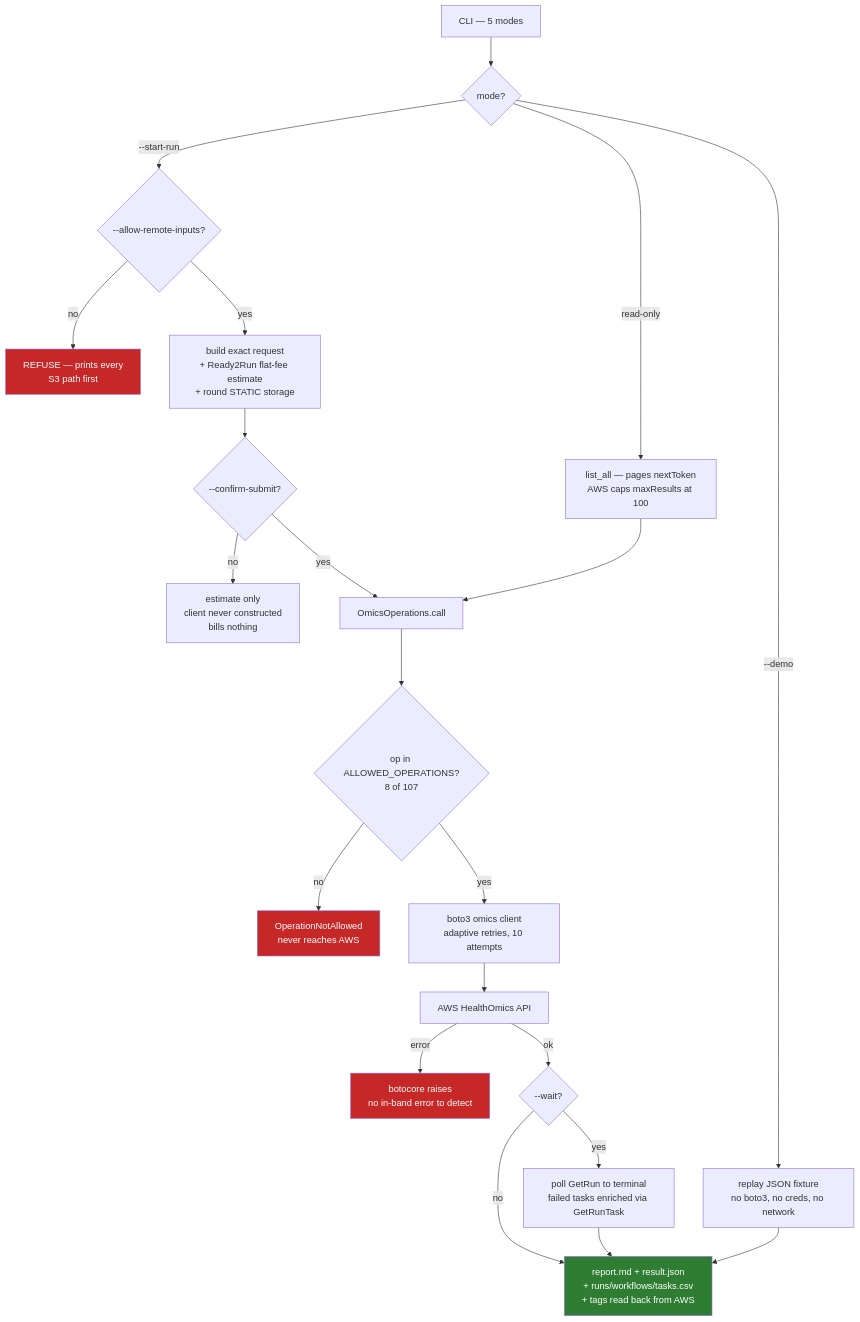
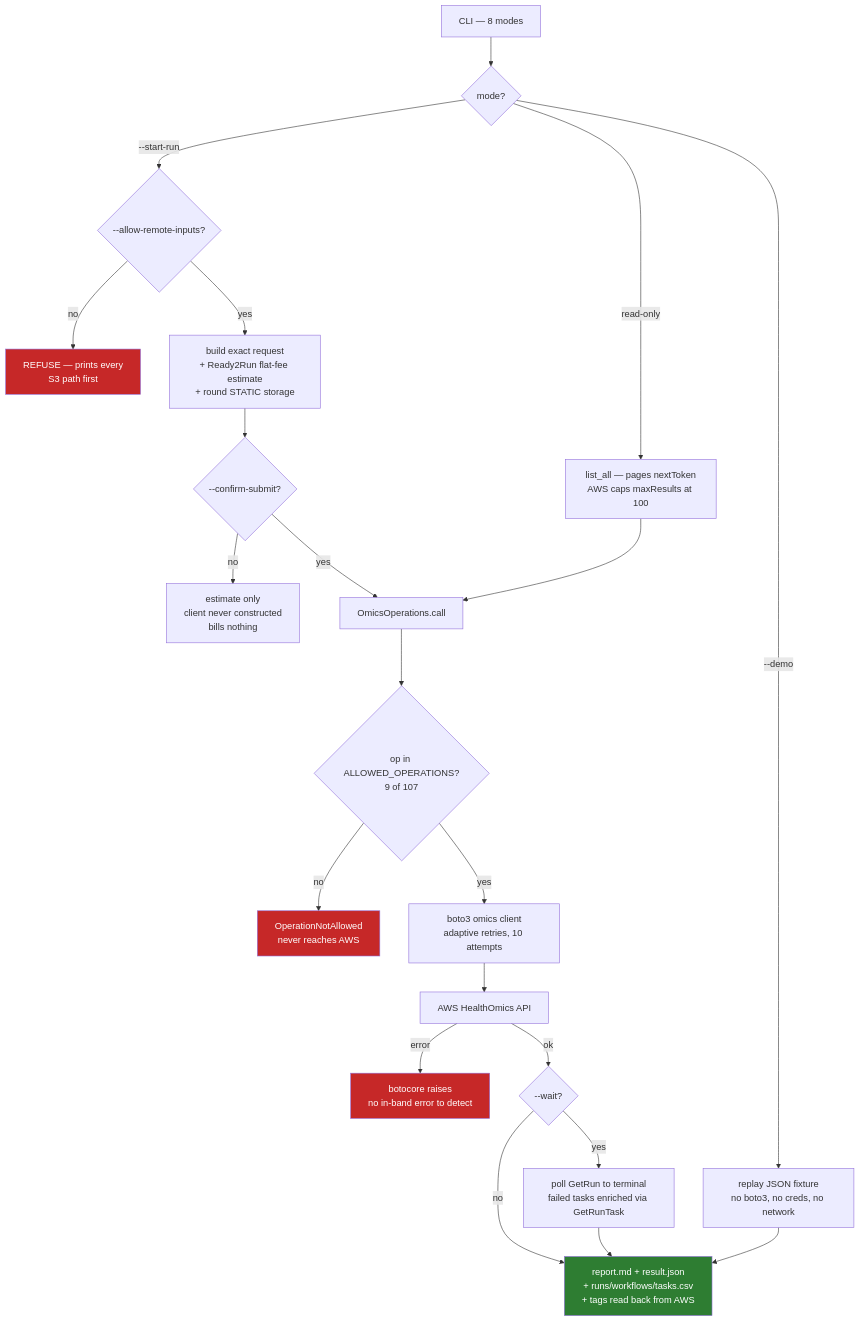
The diagram in skills/healthomics-bridge/COMPARISON.md (DNAWave-bio/ClawBio), drawn with Mermaid before and after one commit. The commit also changed other lines of this file and 11 other files, not shown here.

````diff
--- a/skills/healthomics-bridge/COMPARISON.md
+++ b/skills/healthomics-bridge/COMPARISON.md
@@ -63,28 +68,28 @@
 ```mermaid
 flowchart TD
-    CLI["CLI — 5 modes"] --> MODE{mode?}
+    CLI["CLI — 8 modes"] --> MODE{mode?}
     MODE -->|--demo| FIX["replay JSON fixture<br/>no boto3, no creds, no network"]
     MODE -->|read-only| PAGE["list_all — pages nextToken<br/>AWS caps maxResults at 100"]
     MODE -->|--start-run| G1{"--allow-remote-inputs?"}
     G1 -->|no| R1["REFUSE — prints every<br/>S3 path first"]
     G1 -->|yes| EST["build exact request<br/>+ Ready2Run flat-fee estimate<br/>+ round STATIC storage"]
     EST --> G2{"--confirm-submit?"}
     G2 -->|no| STOP["estimate only<br/>client never constructed<br/>bills nothing"]
     G2 -->|yes| CALL
     PAGE --> CALL["OmicsOperations.call"]
-    CALL --> AL{"op in ALLOWED_OPERATIONS?<br/>8 of 107"}
+    CALL --> AL{"op in ALLOWED_OPERATIONS?<br/>9 of 107"}
     AL -->|no| R3["OperationNotAllowed<br/>never reaches AWS"]
     AL -->|yes| BOTO["boto3 omics client<br/>adaptive retries, 10 attempts"]
     BOTO --> AWS["AWS HealthOmics API"]
     AWS -->|error| R4["botocore raises<br/>no in-band error to detect"]
     AWS -->|ok| WAIT{"--wait?"}
     WAIT -->|yes| POLL["poll GetRun to terminal<br/>failed tasks enriched via GetRunTask"]
     WAIT -->|no| BUNDLE
     POLL --> BUNDLE["report.md + result.json<br/>+ runs/workflows/tasks.csv<br/>+ tags read back from AWS"]
     FIX --> BUNDLE
 
     style R1 fill:#c62828,color:#fff
     style R3 fill:#c62828,color:#fff
     style R4 fill:#c62828,color:#fff
     style BUNDLE fill:#2e7d32,color:#fff
 ```
````
